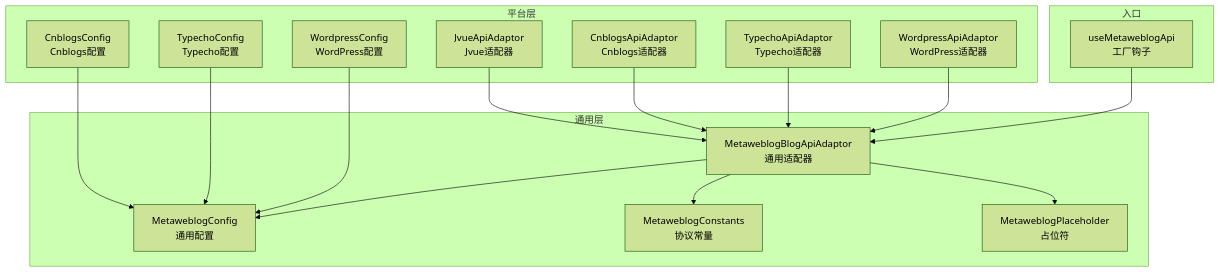
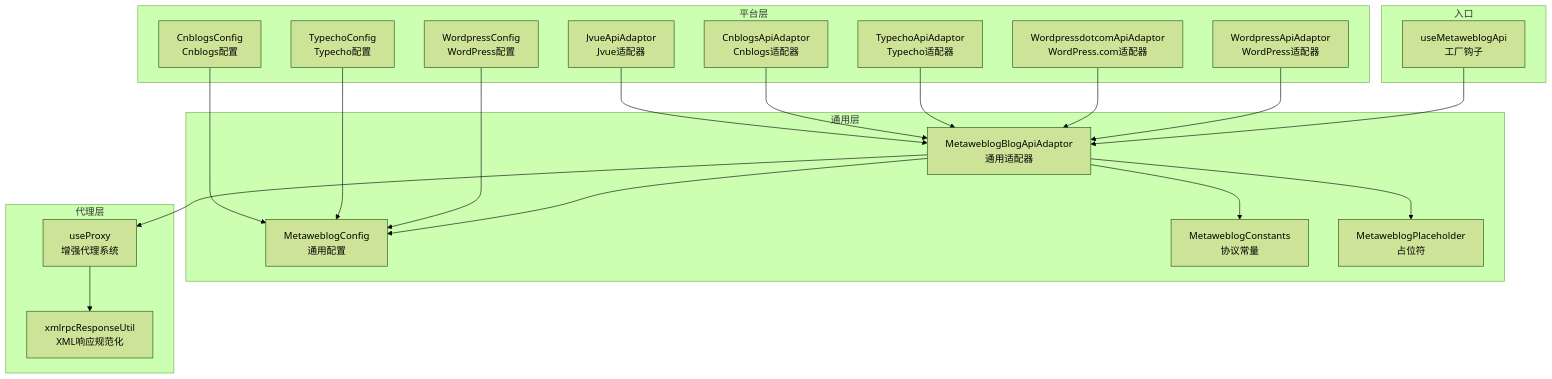
Before and after one commit to terwer/siyuan-plugin-publisher: the first of 6 diagrams in .qoder/repowiki/zh/content/平台适配器系统/博客平台适配器/Metaweblog协议适配器.md, drawn with Mermaid (forest theme). The commit also changed other lines of this file and 16 other files, not shown here.

````diff
--- a/.qoder/repowiki/zh/content/平台适配器系统/博客平台适配器/Metaweblog协议适配器.md
+++ b/.qoder/repowiki/zh/content/平台适配器系统/博客平台适配器/Metaweblog协议适配器.md
@@ -40,32 +55,40 @@
 ```mermaid
 graph TB
 subgraph "通用层"
 MConf["MetaweblogConfig<br/>通用配置"]
 MConst["MetaweblogConstants<br/>协议常量"]
 MPlace["MetaweblogPlaceholder<br/>占位符"]
 MBase["MetaweblogBlogApiAdaptor<br/>通用适配器"]
 end
 subgraph "平台层"
 WConf["WordpressConfig<br/>WordPress配置"]
 WApi["WordpressApiAdaptor<br/>WordPress适配器"]
+WDotCom["WordpressdotcomApiAdaptor<br/>WordPress.com适配器"]
 TConf["TypechoConfig<br/>Typecho配置"]
 TApi["TypechoApiAdaptor<br/>Typecho适配器"]
 CConf["CnblogsConfig<br/>Cnblogs配置"]
 CApi["CnblogsApiAdaptor<br/>Cnblogs适配器"]
 JApi["JvueApiAdaptor<br/>Jvue适配器"]
+end
+subgraph "代理层"
+Proxy["useProxy<br/>增强代理系统"]
+XmlrpcUtil["xmlrpcResponseUtil<br/>XML响应规范化"]
 end
 subgraph "入口"
 Hook["useMetaweblogApi<br/>工厂钩子"]
 end
 Hook --> MBase
 MBase --> MConf
 MBase --> MConst
 MBase --> MPlace
+MBase --> Proxy
+Proxy --> XmlrpcUtil
 WApi --> MBase
 WConf --> MConf
+WDotCom --> MBase
 TApi --> MBase
 TConf --> MConf
 CApi --> MBase
 CConf --> MConf
 JApi --> MBase
 ```
````
